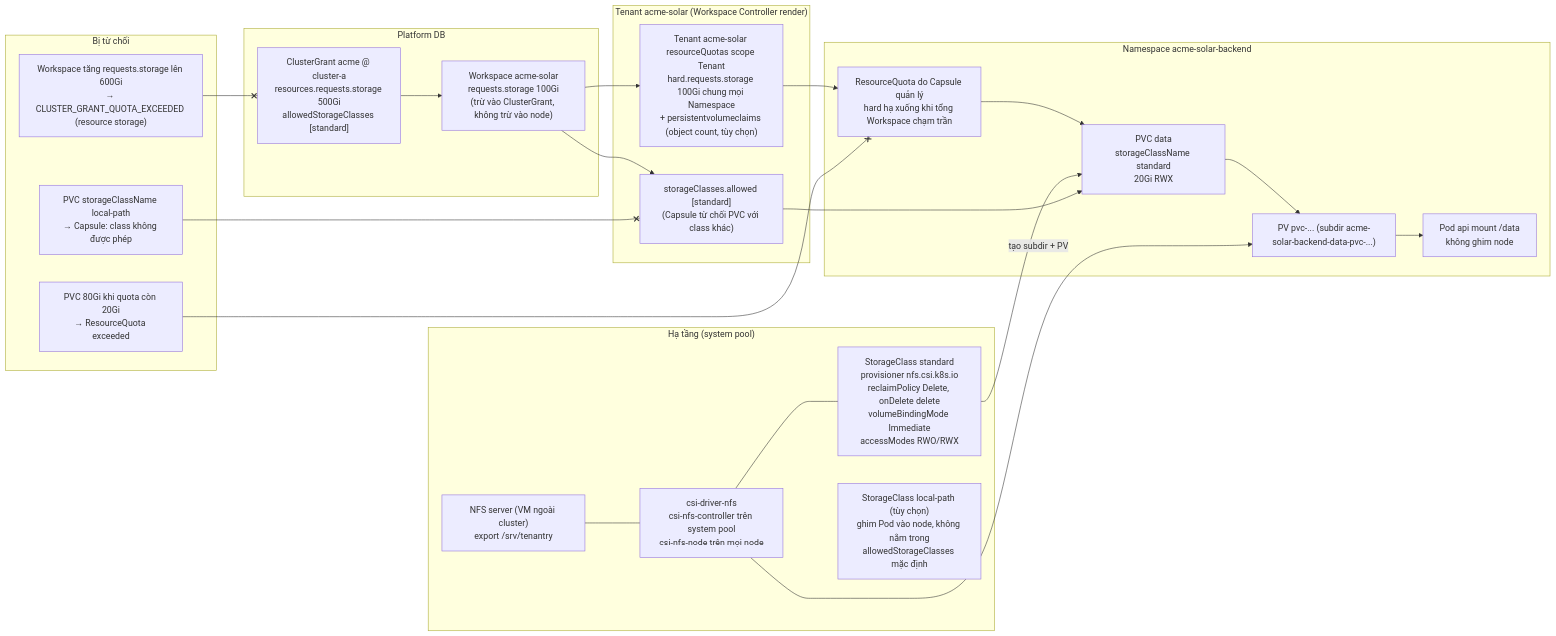
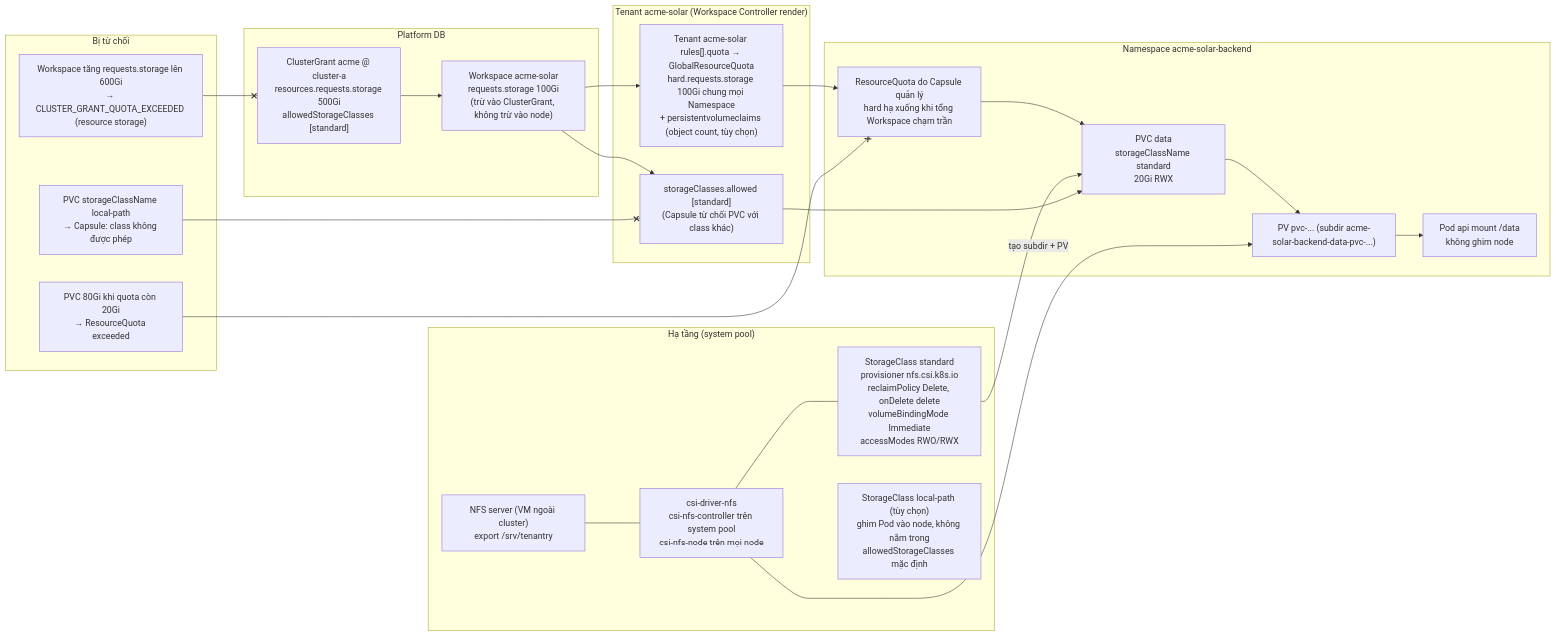
Before and after one commit to thaihoc1310/tenantry: the ninth of 9 diagrams in docs/architecture/05-network-and-scheduling.md, drawn with Mermaid. The commit also changed 5 other files, not shown here.

Commit message:
docs(plan): Workspace quota as Capsule rules quota after measuring it holds under concurrent Pods, tenant guardrails and roles as built in M6, and force delete without touching PVC finalizers

````diff
--- a/docs/architecture/05-network-and-scheduling.md
+++ b/docs/architecture/05-network-and-scheduling.md
@@ -572,47 +572,47 @@
 ```mermaid
 flowchart LR
   subgraph INFRA["Hạ tầng (system pool)"]
     NFS["NFS server (VM ngoài cluster)<br/>export /srv/tenantry"]
     PROV["csi-driver-nfs<br/>csi-nfs-controller trên system pool<br/>csi-nfs-node trên mọi node"]
     SC["StorageClass standard<br/>provisioner nfs.csi.k8s.io<br/>reclaimPolicy Delete, onDelete delete<br/>volumeBindingMode Immediate<br/>accessModes RWO/RWX"]
     SC2["StorageClass local-path (tùy chọn)<br/>ghim Pod vào node, không nằm trong<br/>allowedStorageClasses mặc định"]
     NFS --- PROV --- SC
   end
 
   subgraph GRANT["Platform DB"]
     CG["ClusterGrant acme @ cluster-a<br/>resources.requests.storage 500Gi<br/>allowedStorageClasses [standard]"]
     WSA["Workspace acme-solar<br/>requests.storage 100Gi<br/>(trừ vào ClusterGrant, không trừ vào node)"]
     CG --> WSA
   end
 
   subgraph TENANT["Tenant acme-solar (Workspace Controller render)"]
     TSC["storageClasses.allowed [standard]<br/>(Capsule từ chối PVC với class khác)"]
-    RP["Tenant acme-solar resourceQuotas scope Tenant<br/>hard.requests.storage 100Gi chung mọi Namespace<br/>+ persistentvolumeclaims (object count, tùy chọn)"]
+    RP["Tenant acme-solar rules[].quota → GlobalResourceQuota<br/>hard.requests.storage 100Gi chung mọi Namespace<br/>+ persistentvolumeclaims (object count, tùy chọn)"]
     WSA --> TSC
     WSA --> RP
   end
 
   subgraph NSB["Namespace acme-solar-backend"]
     CLAIM["ResourceQuota do Capsule quản lý<br/>hard hạ xuống khi tổng Workspace chạm trần"]
     PVC["PVC data<br/>storageClassName standard<br/>20Gi RWX"]
     PV["PV pvc-... (subdir acme-solar-backend-data-pvc-...)"]
     POD["Pod api mount /data<br/>không ghim node"]
     RP --> CLAIM
     CLAIM --> PVC
     PVC --> PV
     PV --> POD
   end
 
   SC --> PVC
   PROV -->|"tạo subdir + PV"| PV
   TSC --> PVC
 
   subgraph REJ["Bị từ chối"]
     R1["PVC storageClassName local-path<br/>→ Capsule: class không được phép"]
     R2["PVC 80Gi khi quota còn 20Gi<br/>→ ResourceQuota exceeded"]
     R3["Workspace tăng requests.storage lên 600Gi<br/>→ CLUSTER_GRANT_QUOTA_EXCEEDED (resource storage)"]
   end
   R1 --x TSC
   R2 --x CLAIM
   R3 --x CG
 ```
````
